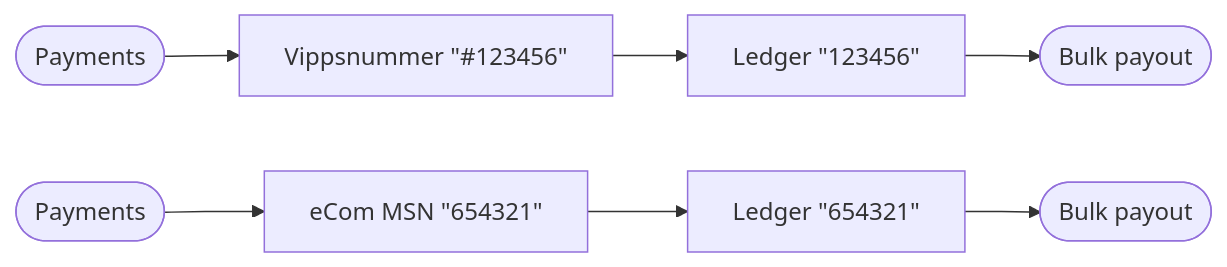
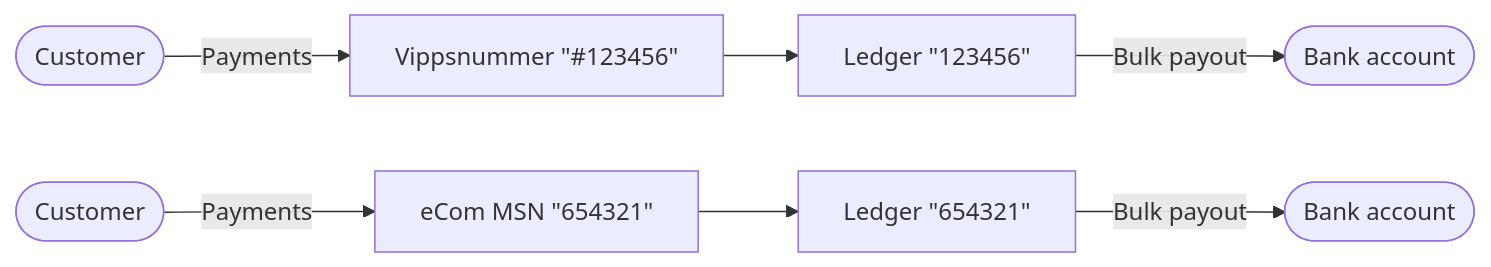
The first of 2 diagrams in api-guide/settlement.md (vippsas/vipps-report-api), drawn with Mermaid before and after one commit. The commit also changed other lines of this file, not shown here.

Commit message:
Add customer and bank account

````diff
--- a/api-guide/settlement.md
+++ b/api-guide/settlement.md
@@ -78,11 +78,11 @@
 ``` mermaid
 flowchart LR
-    PaymentVN([Payments])
-    PaymentLedger([Payments])
-    PaymentVN --> Vippsnummer["Vippsnummer #quot;#123456#quot;"]
-    PaymentLedger --> ecomMSN["eCom MSN #quot;654321#quot;"]
+    CustomerVN([Customer])
+    CustomerLedger([Customer])
+    CustomerVN-- Payments -->Vippsnummer["Vippsnummer #quot;#123456#quot;"]
+    CustomerLedger-- Payments -->ecomMSN["eCom MSN #quot;654321#quot;"]
     Vippsnummer --> LedgerVN["Ledger #quot;123456#quot;"]
     ecomMSN --> LedgerMSN["Ledger #quot;654321#quot;"]
-    LedgerVN --> BulkVN([Bulk payout])
-    LedgerMSN --> BulkMSN([Bulk payout])
+    LedgerVN-- Bulk payout -->BankVN([Bank account])
+    LedgerMSN-- Bulk payout -->BankMSN([Bank account])
 ```
````
